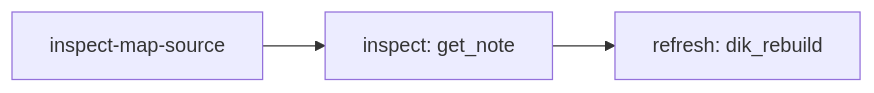
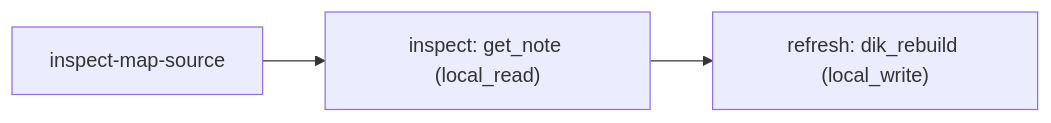
Diagram 18 of 30 in reports/2026-11-20-workflow-map/WORKFLOW-MAP.md (Jake36999/Librarian_V2), drawn with Mermaid before and after one commit. The commit also changed other lines of this file and 6 other files, not shown here.

````diff
--- a/reports/2026-11-20-workflow-map/WORKFLOW-MAP.md
+++ b/reports/2026-11-20-workflow-map/WORKFLOW-MAP.md
@@ -254,8 +254,8 @@
 ```mermaid
 flowchart LR
   s["inspect-map-source"]
-  n0["inspect: get_note"]
+  n0["inspect: get_note (local_read)"]
   s --> n0
-  n1["refresh: dik_rebuild"]
+  n1["refresh: dik_rebuild (local_write)"]
   n0 --> n1
 ```
````
